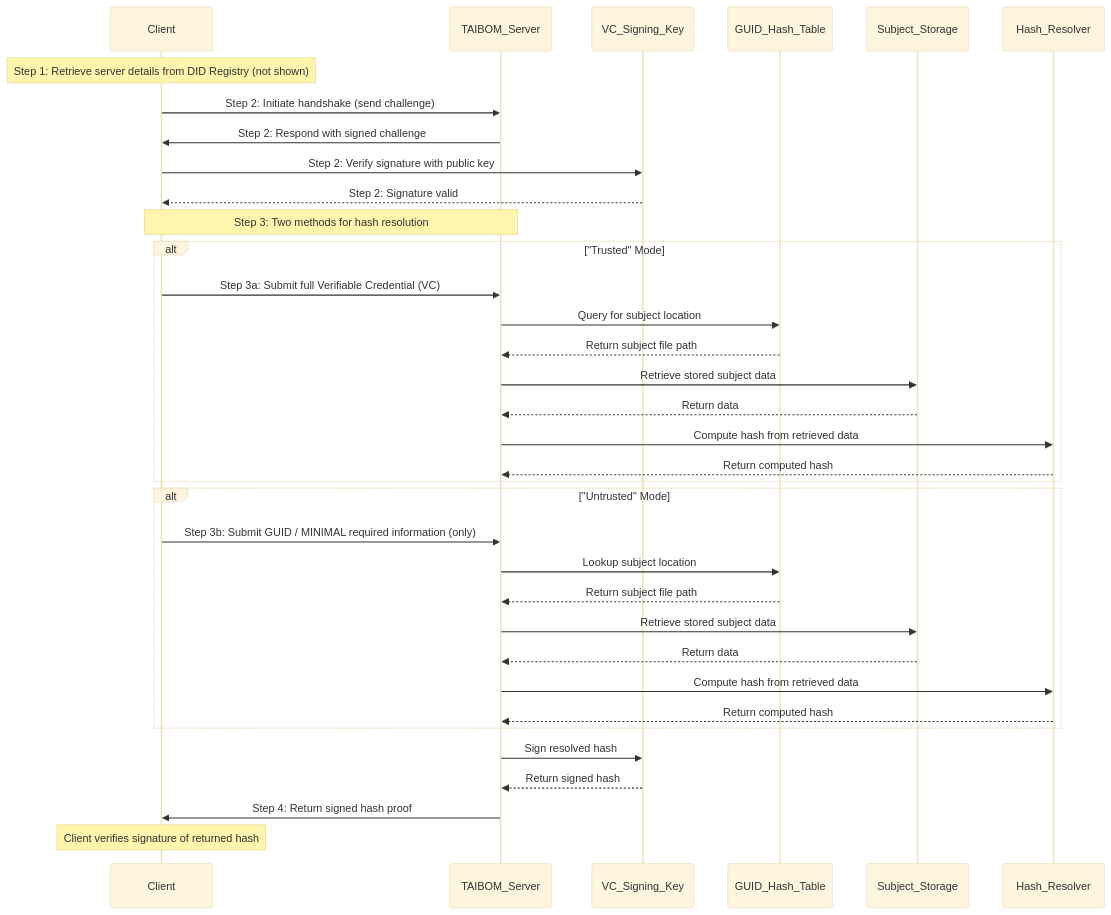
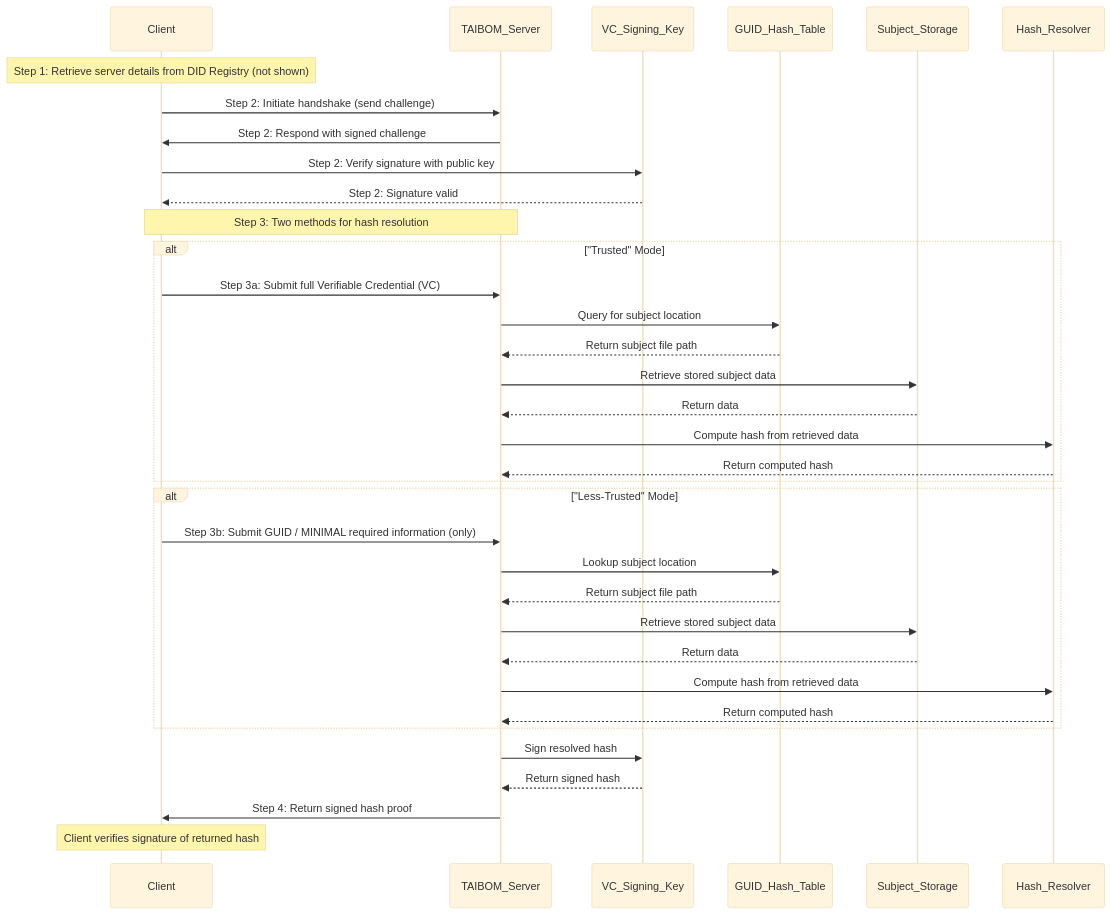
Before and after one commit to nqminds/Trusted-AI-BOM: the second of 2 diagrams in packages/docusaurus/docs/working-docs/40-architecture/65-taibom-sdk-architecture/65-taibom-sdk-architecture.md, drawn with Mermaid (base theme).

Commit message:
[2025-04-01 11:36:04] Tony McCaigue: SDK Architecture

````diff
--- a/packages/docusaurus/docs/working-docs/40-architecture/65-taibom-sdk-architecture/65-taibom-sdk-architecture.md
+++ b/packages/docusaurus/docs/working-docs/40-architecture/65-taibom-sdk-architecture/65-taibom-sdk-architecture.md
@@ -59,46 +59,46 @@
 ```mermaid
 sequenceDiagram
     participant Client
     participant TAIBOM_Server
     participant VC_Signing_Key
     participant GUID_Hash_Table
     participant Subject_Storage
     participant Hash_Resolver
 
     Note over Client: Step 1: Retrieve server details from DID Registry (not shown)
     
     Client->>TAIBOM_Server: Step 2: Initiate handshake (send challenge)
     TAIBOM_Server->>Client: Step 2: Respond with signed challenge
     Client->>VC_Signing_Key: Step 2: Verify signature with public key
     VC_Signing_Key-->>Client: Step 2: Signature valid
     
     Note over Client,TAIBOM_Server: Step 3: Two methods for hash resolution
     
     alt "Trusted" Mode
         Client->>TAIBOM_Server: Step 3a: Submit full Verifiable Credential (VC)
         TAIBOM_Server->>GUID_Hash_Table: Query for subject location
         GUID_Hash_Table-->>TAIBOM_Server: Return subject file path
         TAIBOM_Server->>Subject_Storage: Retrieve stored subject data
         Subject_Storage-->>TAIBOM_Server: Return data
         TAIBOM_Server->>Hash_Resolver: Compute hash from retrieved data
         Hash_Resolver-->>TAIBOM_Server: Return computed hash
     end
     
-    alt "Untrusted" Mode
+    alt "Less-Trusted" Mode
         Client->>TAIBOM_Server: Step 3b: Submit GUID / MINIMAL required information (only)
         TAIBOM_Server->>GUID_Hash_Table: Lookup subject location
         GUID_Hash_Table-->>TAIBOM_Server: Return subject file path
         TAIBOM_Server->>Subject_Storage: Retrieve stored subject data
         Subject_Storage-->>TAIBOM_Server: Return data
         TAIBOM_Server->>Hash_Resolver: Compute hash from retrieved data
         Hash_Resolver-->>TAIBOM_Server: Return computed hash
     end
 
     TAIBOM_Server->>VC_Signing_Key: Sign resolved hash
     VC_Signing_Key-->>TAIBOM_Server: Return signed hash
     
     TAIBOM_Server->>Client: Step 4: Return signed hash proof
     
     Note over Client: Client verifies signature of returned hash
 
 ```
````
